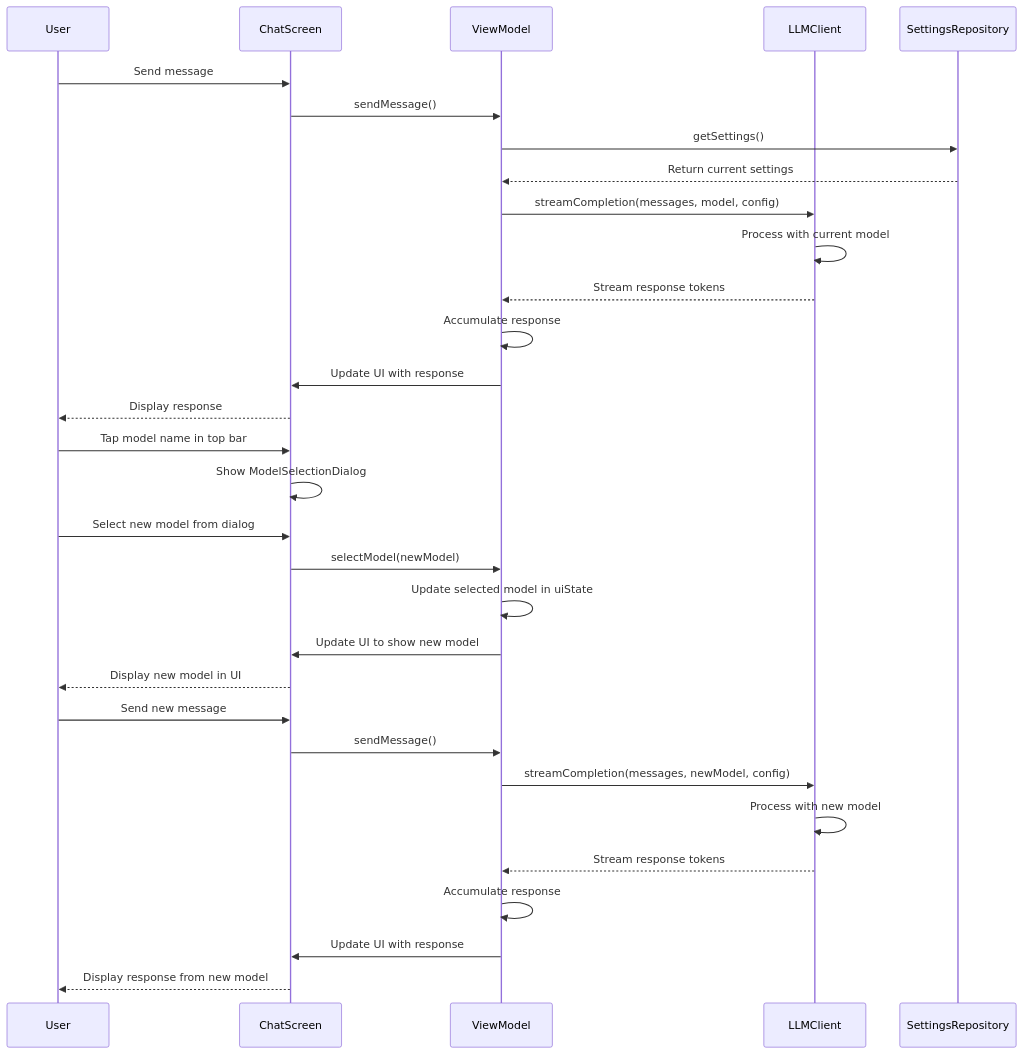
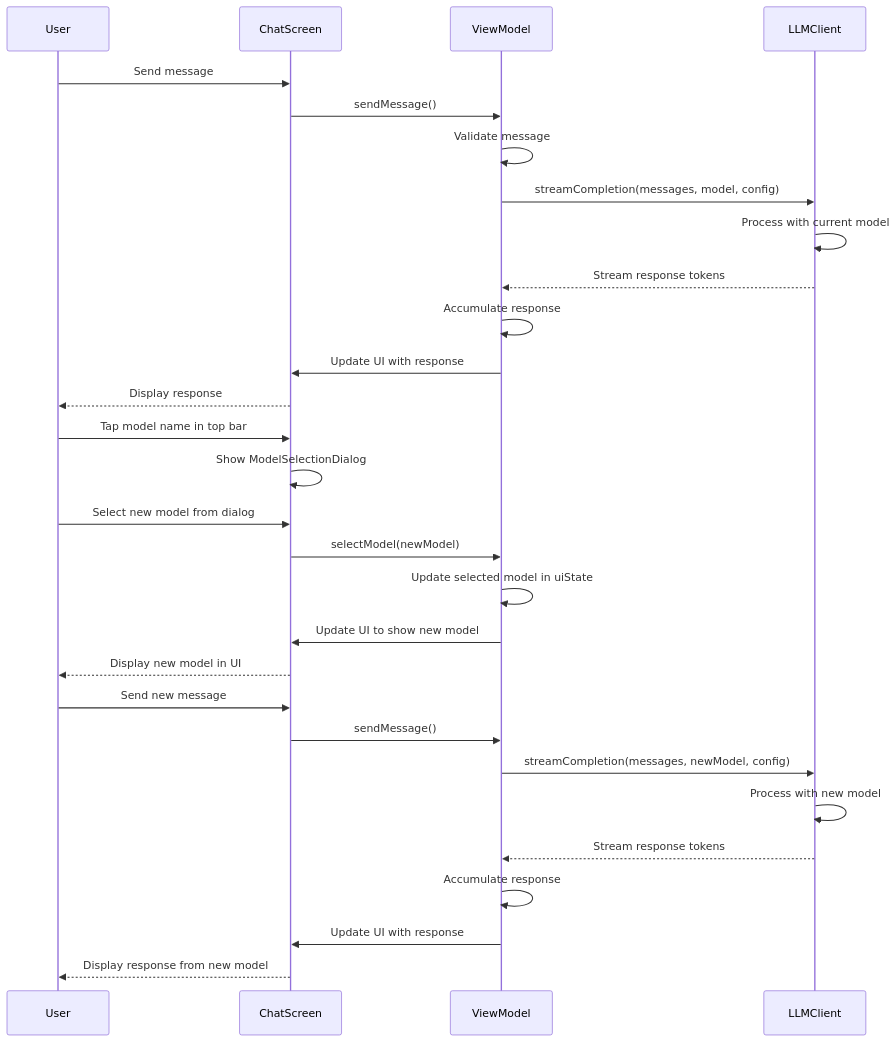
One commit to lehoang318/buddy changed the tenth of 10 diagrams in docs/seq_chat.md. Above: the diagram before and after it, drawn with Mermaid. The commit also changed other lines of this file and 9 other files, not shown here.

````diff
--- a/docs/seq_chat.md
+++ b/docs/seq_chat.md
@@ -262,36 +257,34 @@
 ```mermaid
 sequenceDiagram
     participant User
     participant ChatScreen
     participant ViewModel
     participant LLMClient
-    participant SettingsRepository
 
     User->>ChatScreen: Send message
     ChatScreen->>ViewModel: sendMessage()
-    ViewModel->>SettingsRepository: getSettings()
-    SettingsRepository-->>ViewModel: Return current settings
+    ViewModel->>ViewModel: Validate message
     ViewModel->>LLMClient: streamCompletion(messages, model, config)
     LLMClient->>LLMClient: Process with current model
     LLMClient-->>ViewModel: Stream response tokens
     ViewModel->>ViewModel: Accumulate response
     ViewModel->>ChatScreen: Update UI with response
     ChatScreen-->>User: Display response
 
     User->>ChatScreen: Tap model name in top bar
     ChatScreen->>ChatScreen: Show ModelSelectionDialog
     User->>ChatScreen: Select new model from dialog
     ChatScreen->>ViewModel: selectModel(newModel)
     ViewModel->>ViewModel: Update selected model in uiState
     ViewModel->>ChatScreen: Update UI to show new model
     ChatScreen-->>User: Display new model in UI
 
     User->>ChatScreen: Send new message
     ChatScreen->>ViewModel: sendMessage()
     ViewModel->>LLMClient: streamCompletion(messages, newModel, config)
     LLMClient->>LLMClient: Process with new model
     LLMClient-->>ViewModel: Stream response tokens
     ViewModel->>ViewModel: Accumulate response
     ViewModel->>ChatScreen: Update UI with response
     ChatScreen-->>User: Display response from new model
 ```
````
